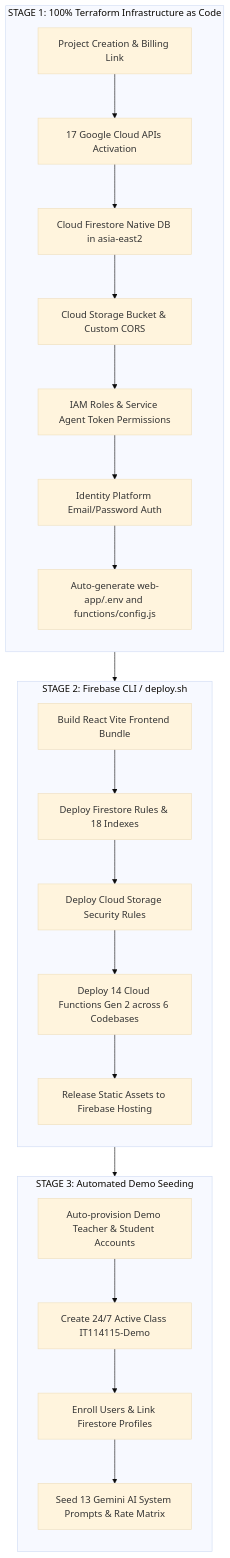
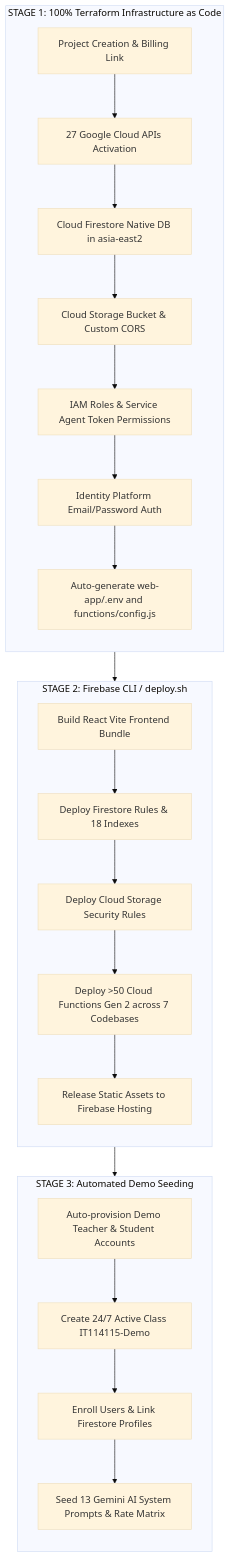
Before and after one commit to wongcyrus/Google-AI-Classroom: the diagram in docs/deployment-and-infrastructure.md, drawn with Mermaid (base theme). The commit also changed 24 other files, not shown here.

````diff
--- a/docs/deployment-and-infrastructure.md
+++ b/docs/deployment-and-infrastructure.md
@@ -32,29 +32,29 @@
 ```mermaid
 flowchart TD
     subgraph S1 [STAGE 1: 100% Terraform Infrastructure as Code]
         direction TB
-        TF1[Project Creation & Billing Link] --> TF2[17 Google Cloud APIs Activation]
+        TF1[Project Creation & Billing Link] --> TF2[27 Google Cloud APIs Activation]
         TF2 --> TF3[Cloud Firestore Native DB in asia-east2]
         TF3 --> TF4[Cloud Storage Bucket & Custom CORS]
         TF4 --> TF5[IAM Roles & Service Agent Token Permissions]
         TF5 --> TF6[Identity Platform Email/Password Auth]
         TF6 --> TF7[Auto-generate web-app/.env and functions/config.js]
     end
 
     subgraph S2 [STAGE 2: Firebase CLI / deploy.sh]
         direction TB
         FB1[Build React Vite Frontend Bundle] --> FB2[Deploy Firestore Rules & 18 Indexes]
         FB2 --> FB3[Deploy Cloud Storage Security Rules]
-        FB3 --> FB4[Deploy 14 Cloud Functions Gen 2 across 6 Codebases]
+        FB3 --> FB4[Deploy >50 Cloud Functions Gen 2 across 7 Codebases]
         FB4 --> FB5[Release Static Assets to Firebase Hosting]
     end
 
     subgraph S3 [STAGE 3: Automated Demo Seeding]
         direction TB
         SD1[Auto-provision Demo Teacher & Student Accounts] --> SD2[Create 24/7 Active Class IT114115-Demo]
         SD2 --> SD3[Enroll Users & Link Firestore Profiles]
         SD3 --> SD4[Seed 13 Gemini AI System Prompts & Rate Matrix]
     end
 
     S1 --> S2 --> S3
 ```
````
